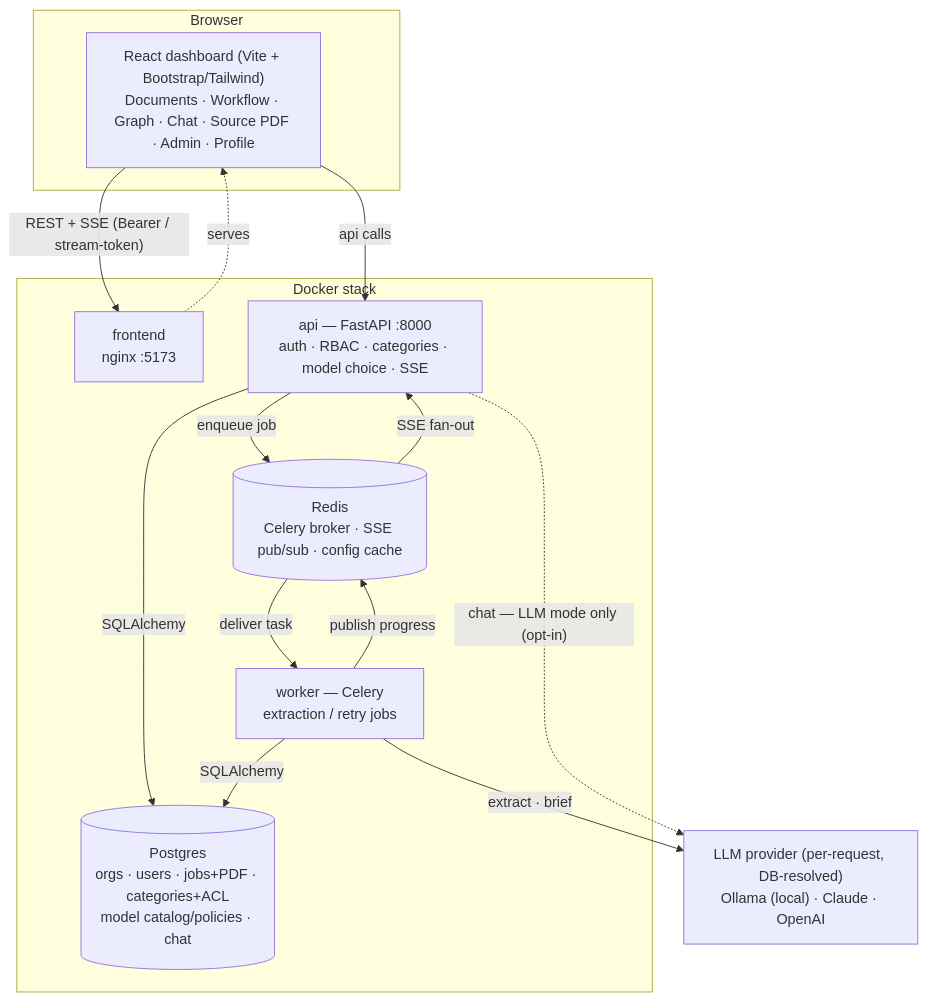
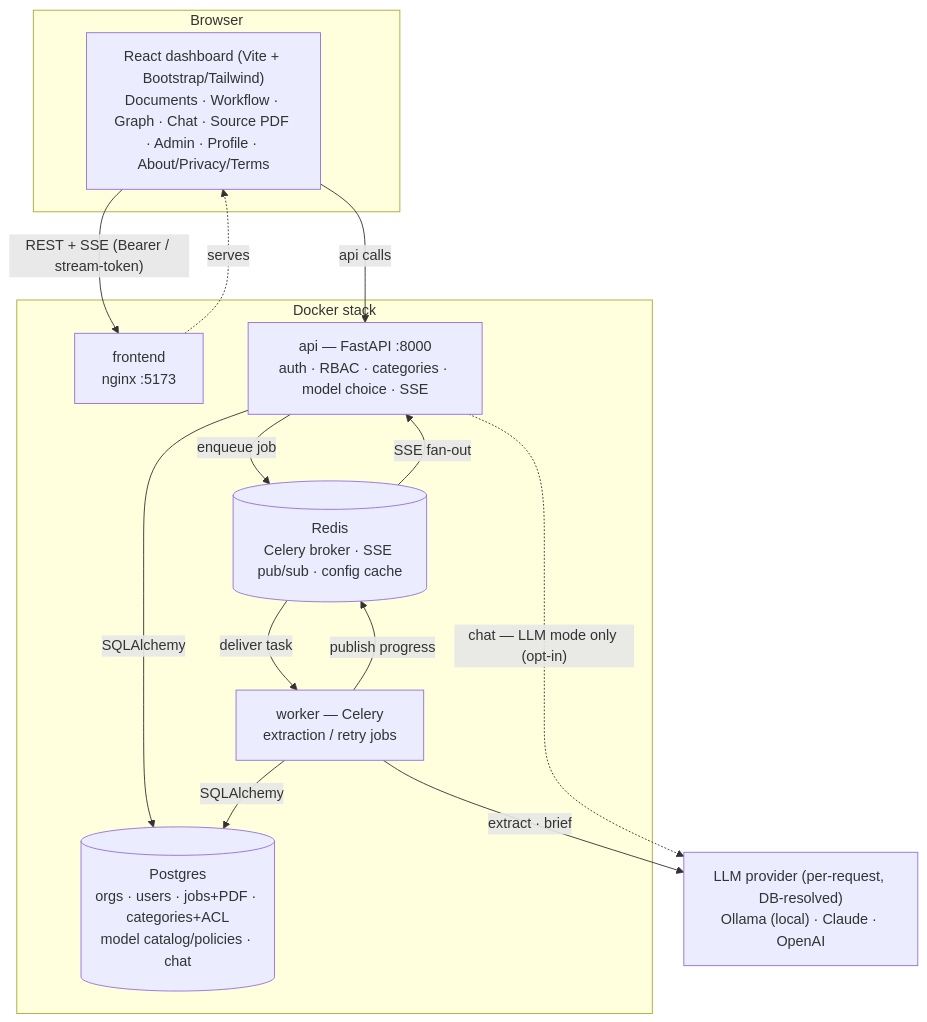
The first of 3 diagrams in README.md (thuansystemit/knowledge_book), drawn with Mermaid before and after one commit. The commit also changed other lines of this file and 7 other files, not shown here.

````diff
--- a/README.md
+++ b/README.md
@@ -34,28 +34,28 @@
 ```mermaid
 flowchart TB
     subgraph Browser
-      UI["React dashboard (Vite + Bootstrap/Tailwind)<br/>Documents · Workflow · Graph · Chat · Source PDF · Admin · Profile"]
+      UI["React dashboard (Vite + Bootstrap/Tailwind)<br/>Documents · Workflow · Graph · Chat · Source PDF · Admin · Profile · About/Privacy/Terms"]
     end
 
     subgraph Docker["Docker stack"]
       FE["frontend<br/>nginx :5173"]
       API["api — FastAPI :8000<br/>auth · RBAC · categories · model choice · SSE"]
       WK["worker — Celery<br/>extraction / retry jobs"]
       RS[("Redis<br/>Celery broker · SSE pub/sub · config cache")]
       DB[("Postgres<br/>orgs · users · jobs+PDF · categories+ACL<br/>model catalog/policies · chat")]
     end
 
     LLM["LLM provider (per-request, DB-resolved)<br/>Ollama (local) · Claude · OpenAI"]
 
     UI -->|"REST + SSE (Bearer / stream-token)"| FE
     FE -.serves.-> UI
     UI -->|api calls| API
     API -->|SQLAlchemy| DB
     API -->|"enqueue job"| RS
     RS -->|"deliver task"| WK
     WK -->|"publish progress"| RS
     RS -->|"SSE fan-out"| API
     WK -->|SQLAlchemy| DB
     WK -->|extract · brief| LLM
     API -.->|"chat — LLM mode only (opt-in)"| LLM
 ```
````
